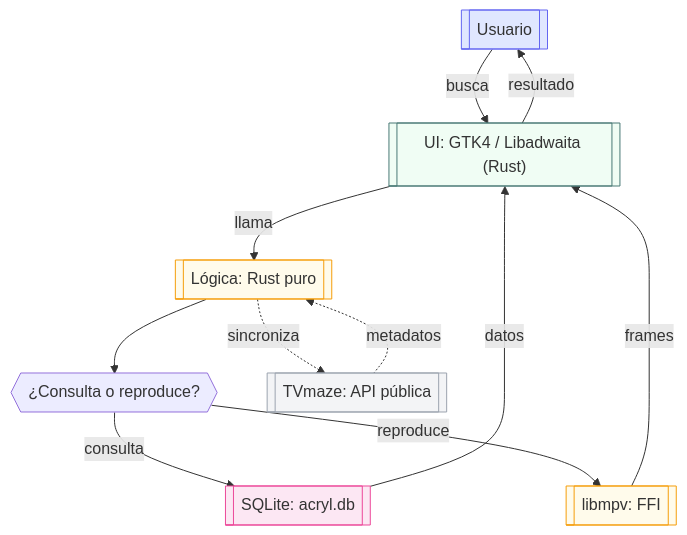
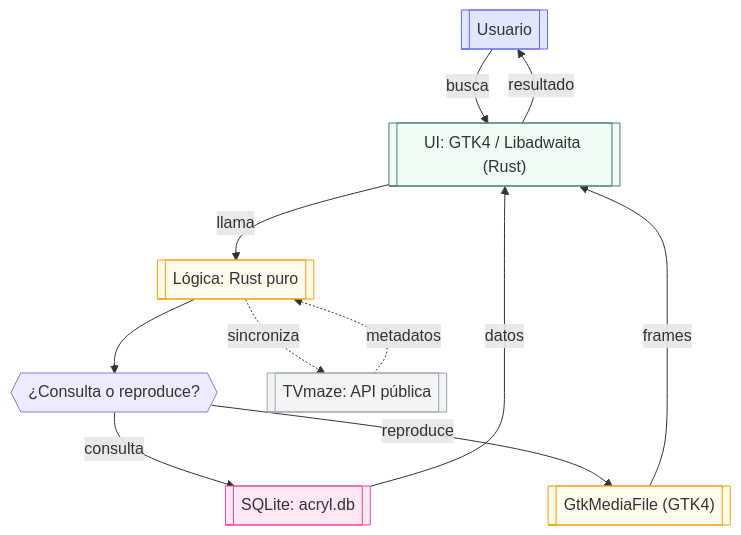
Before and after one commit to Angel-p-v/Acryl: the diagram in README.md, drawn with Mermaid. The commit also changed other lines of this file and 35 other files, not shown here.

````diff
--- a/README.md
+++ b/README.md
@@ -63,34 +63,34 @@
 ```mermaid
 graph TD
     Usuario[["Usuario"]]
     UI[["UI: GTK4 / Libadwaita (Rust)"]]
     Logic[["Lógica: Rust puro"]]
     Decision{{"¿Consulta o reproduce?"}}
     SQLite[["SQLite: acryl.db"]]
-    MPV[["libmpv: FFI"]]
+    MPV[["GtkMediaFile (GTK4)"]]
     TVmaze[["TVmaze: API pública"]]
 
     Usuario -->|busca| UI
     UI -->|llama| Logic
     Logic --> Decision
     Decision -->|consulta| SQLite
     Decision -->|reproduce| MPV
     SQLite -->|datos| UI
     MPV -->|frames| UI
     Logic -.->|sincroniza| TVmaze
     TVmaze -.->|metadatos| Logic
     UI -->|resultado| Usuario
 
     classDef usuario fill:#e0e7ff,stroke:#6366f1,stroke-width:1px
     classDef ui fill:#f0fdf4,stroke:#497975,stroke-width:1px
     classDef logic fill:#fffbeb,stroke:#f59e0b,stroke-width:1px
     classDef db fill:#fce7f3,stroke:#ec4899,stroke-width:1px
     classDef ext fill:#f3f4f6,stroke:#9ca3af,stroke-width:1px
 
     class Usuario usuario
     class UI ui
     class Logic logic
     class SQLite db
     class MPV logic
     class TVmaze ext
 ```
````
